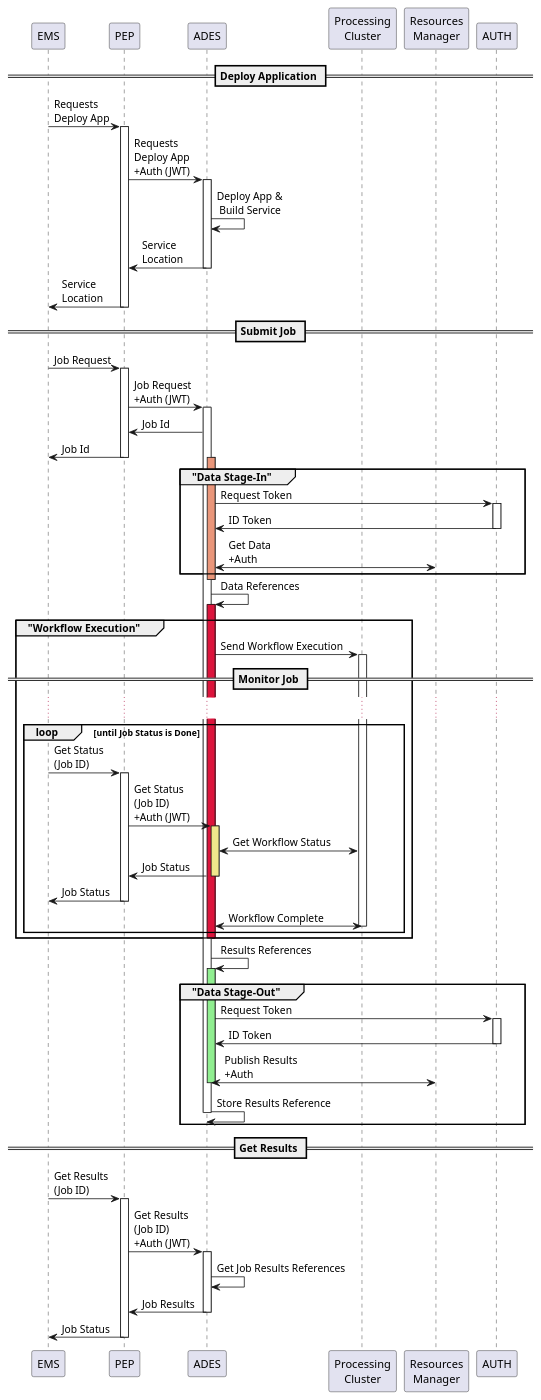
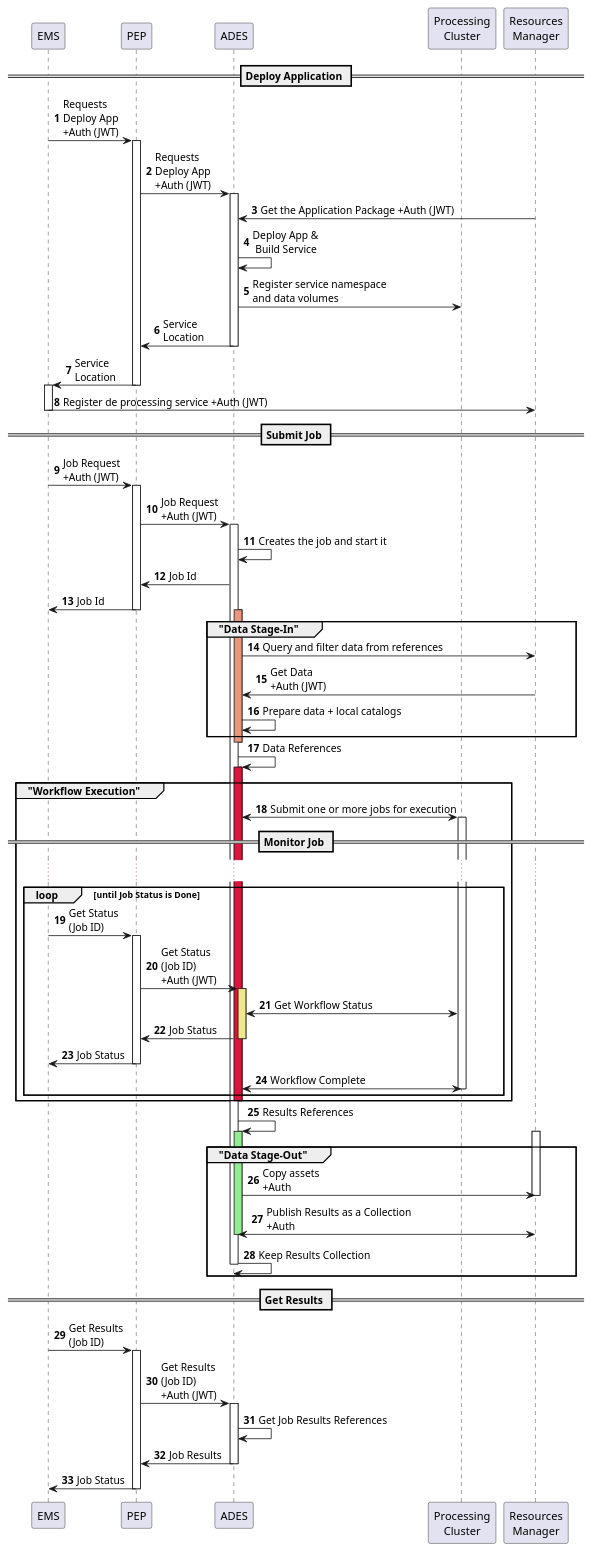
Before and after one commit to EOEPCA/master-system-icd: the diagram in docs/04.processing-chaining/include/ades-processing-flows.wsd, drawn with PlantUML. The commit also changed 3 other files, not shown here.

```diff
--- a/docs/04.processing-chaining/include/ades-processing-flows.wsd
+++ b/docs/04.processing-chaining/include/ades-processing-flows.wsd
@@ -1,107 +1,112 @@
 @startuml sequence
 
 participant EMS
 participant PEP
 participant ADES
 participant "Processing\nCluster" as pc
 participant "Resources\nManager" as rm
 
+autonumber
+
 == Deploy Application ==
 
-EMS -> PEP : Requests\nDeploy App 
+EMS -> PEP : Requests\nDeploy App\n+Auth (JWT)
 activate PEP
 
 PEP -> ADES : Requests\nDeploy App\n+Auth (JWT)
 activate ADES
 
+ADES <- rm : Get the Application Package +Auth (JWT) 
 ADES -> ADES : Deploy App &\n Build Service
+ADES -> pc : Register service namespace\nand data volumes
 
 ADES -> PEP : Service\nLocation
 deactivate ADES
 
 PEP -> EMS : Service\nLocation
 deactivate PEP
+activate EMS
+EMS -> rm : Register de processing service +Auth (JWT)
+deactivate EMS
 
 == Submit Job ==
 
-EMS -> PEP : Job Request
+EMS -> PEP : Job Request\n+Auth (JWT)
 activate PEP
 
 PEP -> ADES : Job Request\n+Auth (JWT)
 activate ADES
 
+ADES -> ADES : Creates the job and start it
 ADES -> PEP : Job Id
 PEP -> EMS : Job Id
 deactivate PEP
 group "Data Stage-In"
 
 activate ADES #DarkSalmon
-ADES -> AUTH : Request Token
-activate AUTH
-AUTH -> ADES : ID Token
-deactivate AUTH
-ADES <-> rm : Get Data\n+Auth
+ADES -> rm : Query and filter data from references
+ADES <- rm : Get Data\n+Auth (JWT)
+ADES -> ADES : Prepare data + local catalogs
 end
 deactivate ADES #DarkSalmon
 
 ADES -> ADES : Data References
 
 group "Workflow Execution"
 
 activate ADES #Crimson
-ADES -> pc : Send Workflow Execution
+ADES <-> pc : Submit one or more jobs for execution
 activate pc
 == Monitor Job ==
 ...
 
 loop until Job Status is Done
 
 EMS -> PEP : Get Status\n(Job ID)
 activate PEP
 
 PEP -> ADES : Get Status\n(Job ID)\n+Auth (JWT)
 activate ADES #Khaki
 ADES <-> pc : Get Workflow Status
 ADES -> PEP : Job Status
 deactivate ADES
 PEP -> EMS : Job Status
 deactivate PEP
 
 pc <-> ADES : Workflow Complete
 deactivate pc
 end
 
 deactivate ADES
 
 end
 
 ADES -> ADES : Results References
 
 group "Data Stage-Out"
 activate ADES #LightGreen
 
-ADES -> AUTH : Request Token
-activate AUTH
-AUTH -> ADES : ID Token
-deactivate AUTH
-ADES <-> rm : Publish Results\n+Auth
+activate rm
+ADES -> rm : Copy assets\n+Auth
+deactivate rm
+ADES <-> rm : Publish Results as a Collection\n+Auth
 
 deactivate ADES
-ADES -> ADES : Store Results Reference
+ADES -> ADES : Keep Results Collection
 deactivate ADES
 end
 
 == Get Results ==
 
 EMS -> PEP : Get Results\n(Job ID)
 activate PEP
 
 PEP -> ADES : Get Results\n(Job ID)\n+Auth (JWT)
 activate ADES
 ADES -> ADES : Get Job Results References
 ADES -> PEP : Job Results
 deactivate ADES
 PEP -> EMS : Job Status
 deactivate PEP
 
 @enduml
```
